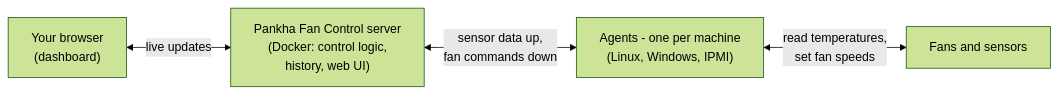
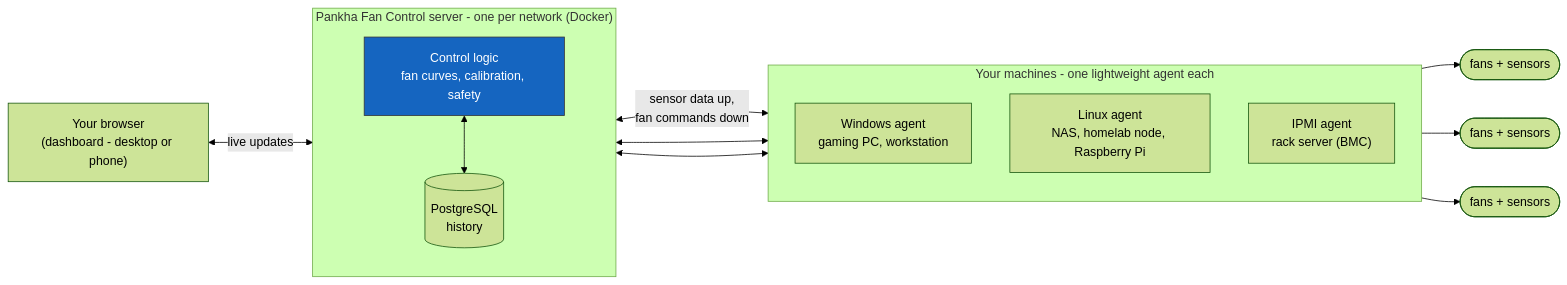
The diagram in documentation/public/wiki/Home.md (Anexgohan/pankha), drawn with Mermaid (forest theme) before and after one commit. The commit also changed 5 other files, not shown here.

Commit message:
Add detailed documentation for server architecture, backend, and frontend components

````diff
--- a/documentation/public/wiki/Home.md
+++ b/documentation/public/wiki/Home.md
@@ -27,6 +27,28 @@
 ```mermaid
 graph LR
-    Browser["Your browser<br/>(dashboard)"] <-->|live updates| Server["Pankha Fan Control server<br/>(Docker: control logic,<br/>history, web UI)"]
-    Server <-->|"sensor data up,<br/>fan commands down"| Agents["Agents - one per machine<br/>(Linux, Windows, IPMI)"]
-    Agents <-->|"read temperatures,<br/>set fan speeds"| HW["Fans and sensors"]
+    Browser["Your browser<br/>(dashboard - desktop or phone)"]
+
+    subgraph SRV["Pankha Fan Control server - one per network (Docker)"]
+        direction TB
+        Logic["Control logic<br/>fan curves, calibration, safety"]
+        DB[("PostgreSQL<br/>history")]
+        Logic <--> DB
+    end
+
+    subgraph FLEET["Your machines - one lightweight agent each"]
+        direction TB
+        Win["Windows agent<br/>gaming PC, workstation"]
+        Lin["Linux agent<br/>NAS, homelab node, Raspberry Pi"]
+        Ipmi["IPMI agent<br/>rack server (BMC)"]
+    end
+
+    Browser <-->|live updates| Logic
+    Logic <-->|"sensor data up,<br/>fan commands down"| Win
+    Logic <--> Lin
+    Logic <--> Ipmi
+    Win --> HW1(["fans + sensors"])
+    Lin --> HW2(["fans + sensors"])
+    Ipmi --> HW3(["fans + sensors"])
+
+    style Logic fill:#1565c0,stroke:#333,color:#fff
 ```
````
